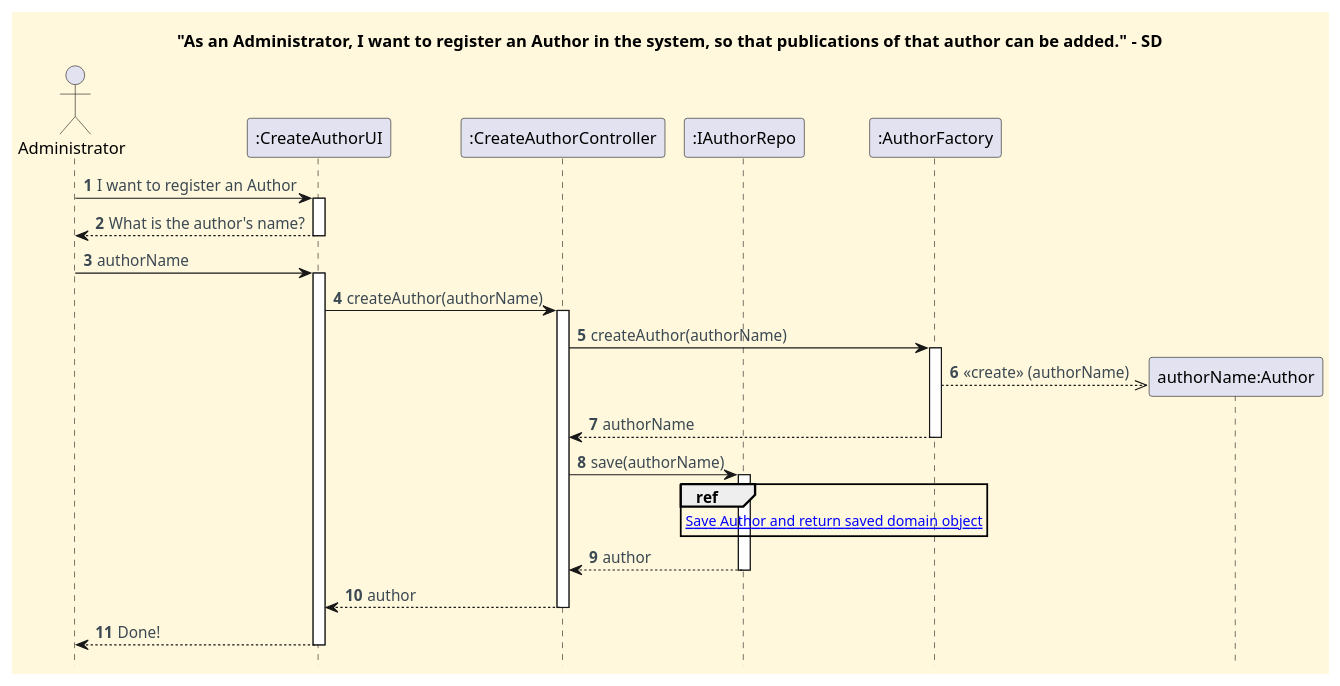
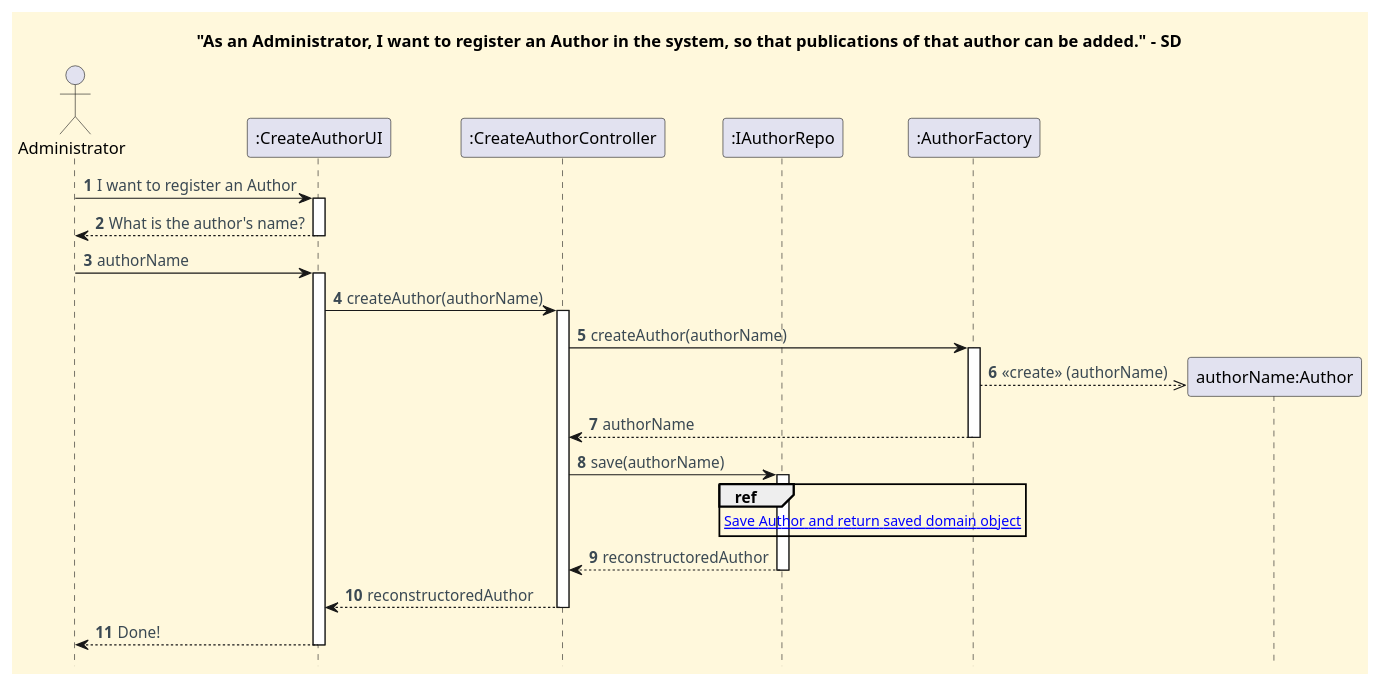
Before and after one commit to CarolinaLeite-collab/JavaMarketplacePlatform: the diagram in docs/functionalities/admin/register-author/To_Register_An_Author_SD.puml, drawn with PlantUML.

Commit message:
fix: clarify returned Author object naming, ref #426

```diff
--- a/docs/functionalities/admin/register-author/To_Register_An_Author_SD.puml
+++ b/docs/functionalities/admin/register-author/To_Register_An_Author_SD.puml
@@ -1,67 +1,67 @@
 @startuml
 '==== Title ====
 title "As an Administrator, I want to register an Author in the system, so that publications of that author can be added." - SD
 
 
 '==== basic style ====
 skinparam monochrome false
 skinparam shadowing false
 skinparam defaultFontName Futura
 skinparam objectFontSize 20
 skinparam backgroundColor CornSilk
 skinparam objectBackgroundColor WhiteSmoke
 skinparam noteBackgroundColor #FFFFE0
 skinparam ArrowFontColor #3B4953
 skinparam ActivationBackgroundColor black
 hidefootbox
 autonumber
 autoactivate off
 
 
 ' ==== Actor and participants ====
 actor Administrator
 participant ":CreateAuthorUI" as UI
 participant ":CreateAuthorController" as CTL
 participant ":IAuthorRepo" as IA
 participant ":AuthorFactory" as factory
 
 
 '==== UI interaction ====
 Administrator -> UI: I want to register an Author
 activate UI
 
 UI --> Administrator: What is the author's name?
 deactivate UI
 
 Administrator -> UI: authorName
 activate UI
 
 UI -> CTL: createAuthor(authorName)
 
 activate CTL
 
 CTL -> factory: createAuthor(authorName)
 
 activate factory
 create "authorName:Author"
 factory -->> "authorName:Author": <<create>> (authorName)
 factory --> CTL: authorName
 deactivate factory
 
 CTL -> IA: save(authorName)
 activate IA
 
 ref over IA
 [[sd-ref-diagrams/Save_Author.puml Save Author and return saved domain object]]
 end ref
 
-IA --> CTL: author
+IA --> CTL: reconstructoredAuthor
 deactivate IA
 
-CTL --> UI: author
+CTL --> UI: reconstructoredAuthor
 deactivate CTL
 
 UI --> Administrator: Done!
 deactivate UI
 
 @enduml
```
